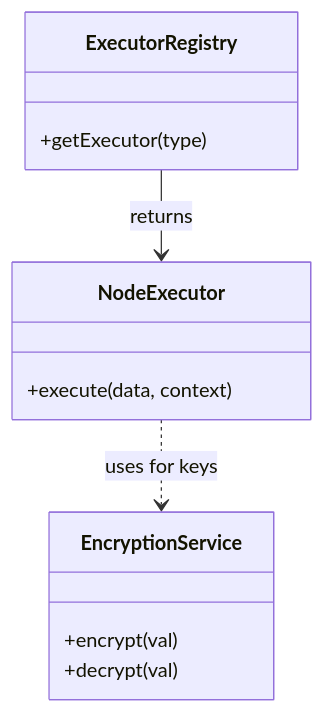
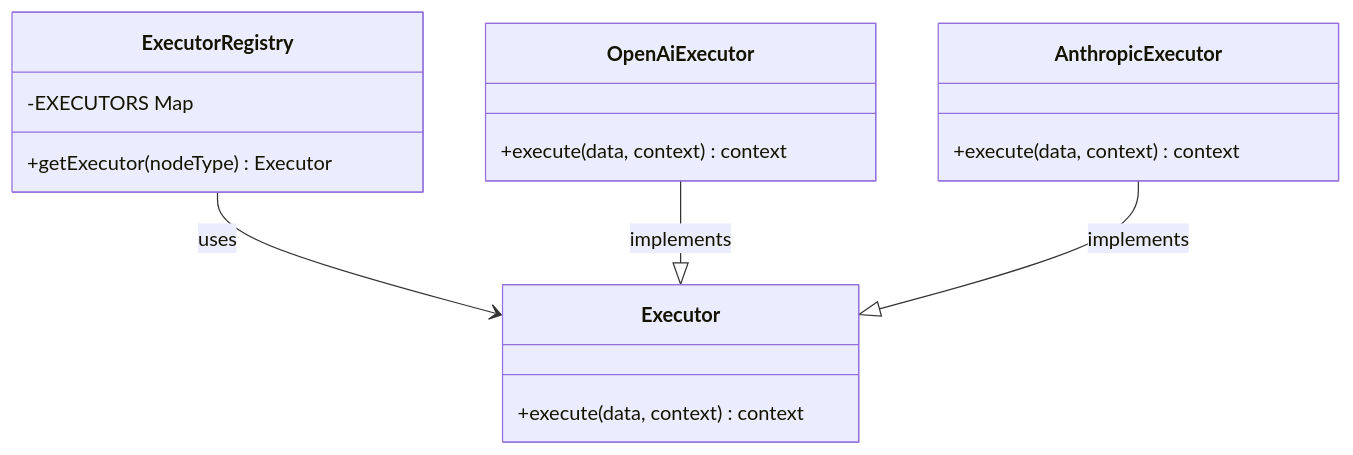
The sixth of 10 diagrams in README.md (Nemathullahkhan/Zerak), drawn with Mermaid before and after one commit. The commit also changed other lines of this file, not shown here.

````diff
--- a/README.md
+++ b/README.md
@@ -122,15 +419,19 @@
 ```mermaid
 classDiagram
-  class ExecutorRegistry {
-    +getExecutor(type)
-  }
-  class NodeExecutor {
-    +execute(data, context)
-  }
-  class EncryptionService {
-    +encrypt(val)
-    +decrypt(val)
-  }
-  ExecutorRegistry --> NodeExecutor : returns
-  NodeExecutor ..> EncryptionService : uses for keys
+    class ExecutorRegistry {
+        +getExecutor(nodeType) Executor
+        -EXECUTORS Map
+    }
+    class Executor {
+        +execute(data, context) context
+    }
+    class OpenAiExecutor {
+        +execute(data, context) context
+    }
+    class AnthropicExecutor {
+        +execute(data, context) context
+    }
+    ExecutorRegistry --> Executor: uses
+    OpenAiExecutor --|> Executor: implements
+    AnthropicExecutor --|> Executor: implements
 ```
````
